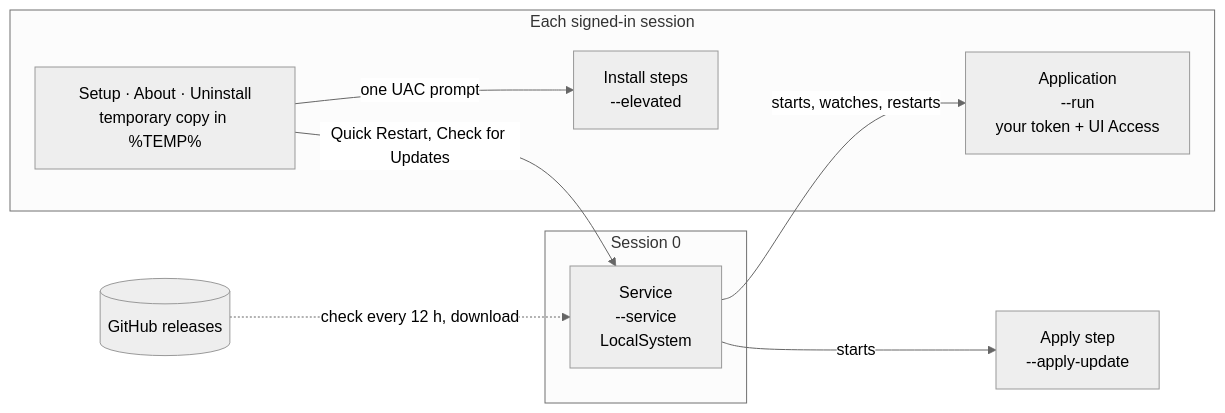
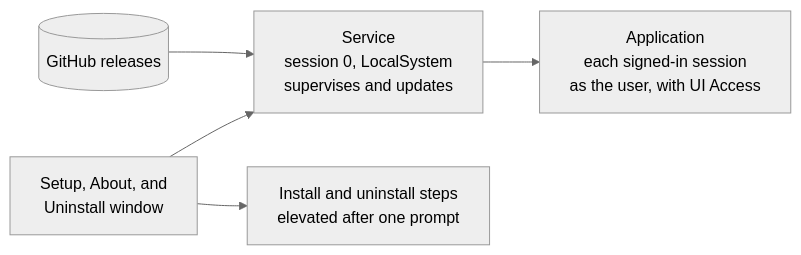
One commit to Jason-JP-Yang/Screenshot-Toolkit changed the first of 3 diagrams in README.md. Above: the diagram before and after it, drawn with Mermaid (neutral theme). The commit also changed other lines of this file and 24 other files, not shown here.

````diff
--- a/README.md
+++ b/README.md
@@ -342,17 +352,7 @@
 ```mermaid
 flowchart LR
-    subgraph S0["Session 0"]
-        SVC["Service<br/>--service<br/>LocalSystem"]
-    end
-    subgraph US["Each signed-in session"]
-        APP["Application<br/>--run<br/>your token + UI Access"]
-        WIN["Setup · About · Uninstall<br/>temporary copy in %TEMP%"]
-        ELEV["Install steps<br/>--elevated"]
-    end
-    GH[("GitHub releases")]
-    SVC -- "starts, watches, restarts" --> APP
-    SVC -- "starts" --> UPD["Apply step<br/>--apply-update"]
-    GH -. "check every 12 h, download" .-> SVC
-    WIN -- "Quick Restart, Check for Updates" --> SVC
-    WIN -- "one UAC prompt" --> ELEV
+    GH[("GitHub releases")] --> SVC["Service<br/>session 0, LocalSystem<br/>supervises and updates"]
+    SVC --> APP["Application<br/>each signed-in session<br/>as the user, with UI Access"]
+    WIN["Setup, About, and<br/>Uninstall window"] --> SVC
+    WIN --> ELEV["Install and uninstall steps<br/>elevated after one prompt"]
 ```
````
